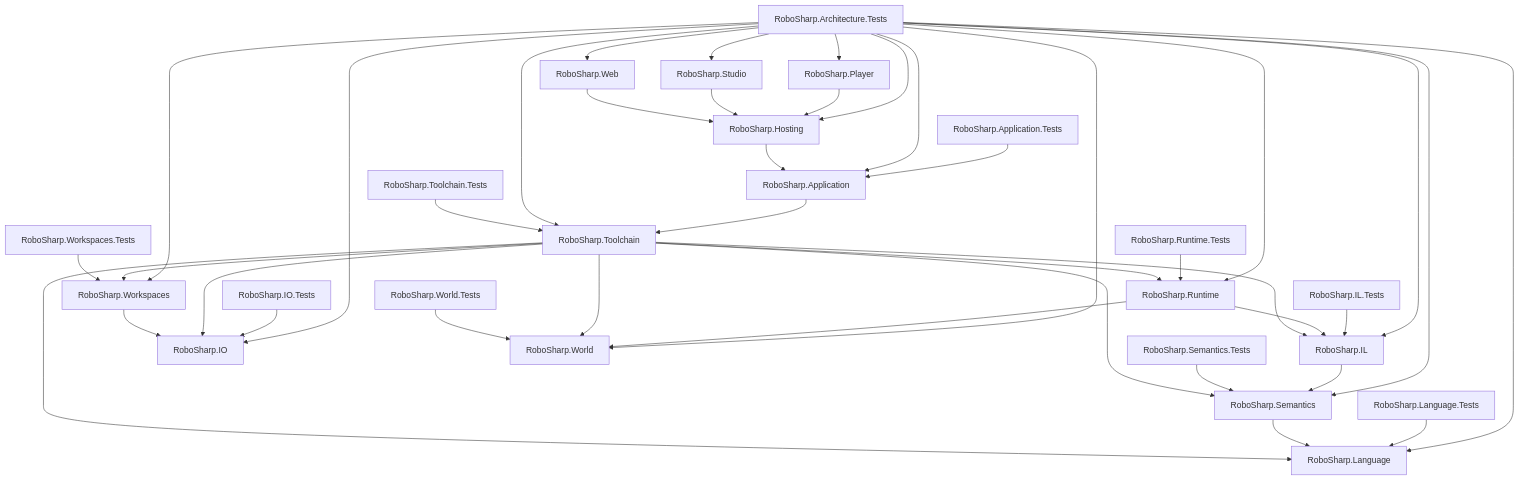
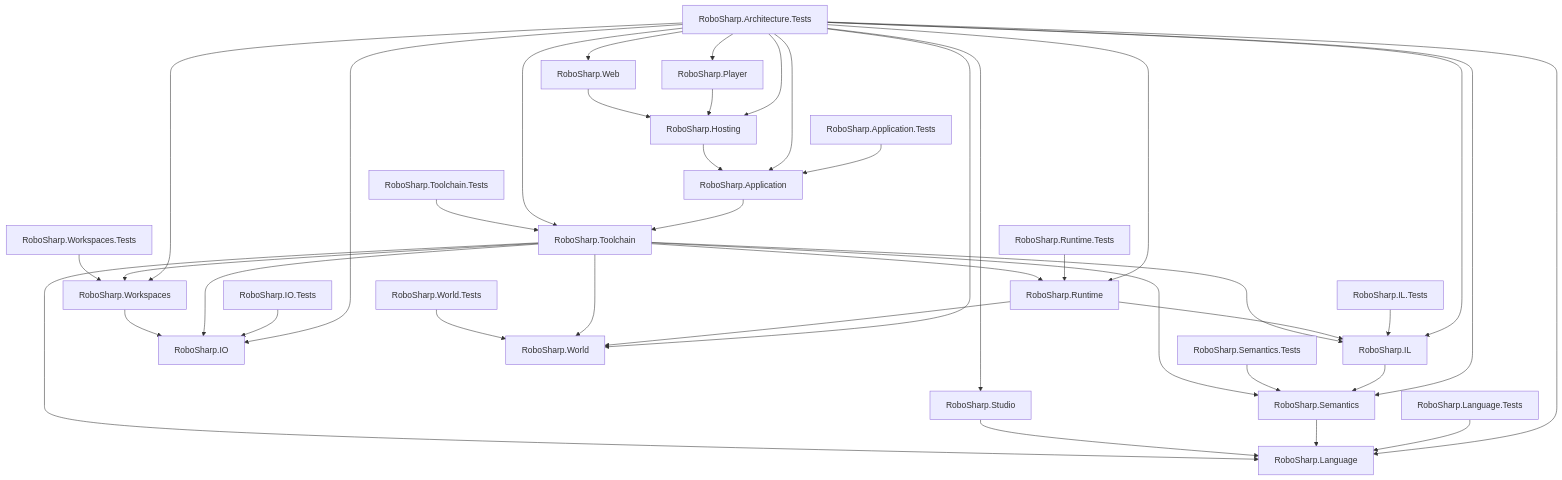
Before and after one commit to frankhaugen/RoboSharp: the diagram in docs/diagrams/project-references.md, drawn with Mermaid. The commit also changed 22 other files, not shown here.

````diff
--- a/docs/diagrams/project-references.md
+++ b/docs/diagrams/project-references.md
@@ -7,42 +7,42 @@
 ```mermaid
 flowchart TD
   RoboSharp_Application["RoboSharp.Application"] --> RoboSharp_Toolchain["RoboSharp.Toolchain"]
   RoboSharp_Application_Tests["RoboSharp.Application.Tests"] --> RoboSharp_Application["RoboSharp.Application"]
   RoboSharp_Architecture_Tests["RoboSharp.Architecture.Tests"] --> RoboSharp_Application["RoboSharp.Application"]
   RoboSharp_Architecture_Tests["RoboSharp.Architecture.Tests"] --> RoboSharp_Hosting["RoboSharp.Hosting"]
   RoboSharp_Architecture_Tests["RoboSharp.Architecture.Tests"] --> RoboSharp_IL["RoboSharp.IL"]
   RoboSharp_Architecture_Tests["RoboSharp.Architecture.Tests"] --> RoboSharp_IO["RoboSharp.IO"]
   RoboSharp_Architecture_Tests["RoboSharp.Architecture.Tests"] --> RoboSharp_Language["RoboSharp.Language"]
   RoboSharp_Architecture_Tests["RoboSharp.Architecture.Tests"] --> RoboSharp_Player["RoboSharp.Player"]
   RoboSharp_Architecture_Tests["RoboSharp.Architecture.Tests"] --> RoboSharp_Runtime["RoboSharp.Runtime"]
   RoboSharp_Architecture_Tests["RoboSharp.Architecture.Tests"] --> RoboSharp_Semantics["RoboSharp.Semantics"]
   RoboSharp_Architecture_Tests["RoboSharp.Architecture.Tests"] --> RoboSharp_Studio["RoboSharp.Studio"]
   RoboSharp_Architecture_Tests["RoboSharp.Architecture.Tests"] --> RoboSharp_Toolchain["RoboSharp.Toolchain"]
   RoboSharp_Architecture_Tests["RoboSharp.Architecture.Tests"] --> RoboSharp_Web["RoboSharp.Web"]
   RoboSharp_Architecture_Tests["RoboSharp.Architecture.Tests"] --> RoboSharp_Workspaces["RoboSharp.Workspaces"]
   RoboSharp_Architecture_Tests["RoboSharp.Architecture.Tests"] --> RoboSharp_World["RoboSharp.World"]
   RoboSharp_Hosting["RoboSharp.Hosting"] --> RoboSharp_Application["RoboSharp.Application"]
   RoboSharp_IL["RoboSharp.IL"] --> RoboSharp_Semantics["RoboSharp.Semantics"]
   RoboSharp_IL_Tests["RoboSharp.IL.Tests"] --> RoboSharp_IL["RoboSharp.IL"]
   RoboSharp_IO_Tests["RoboSharp.IO.Tests"] --> RoboSharp_IO["RoboSharp.IO"]
   RoboSharp_Language_Tests["RoboSharp.Language.Tests"] --> RoboSharp_Language["RoboSharp.Language"]
   RoboSharp_Player["RoboSharp.Player"] --> RoboSharp_Hosting["RoboSharp.Hosting"]
   RoboSharp_Runtime["RoboSharp.Runtime"] --> RoboSharp_IL["RoboSharp.IL"]
   RoboSharp_Runtime["RoboSharp.Runtime"] --> RoboSharp_World["RoboSharp.World"]
   RoboSharp_Runtime_Tests["RoboSharp.Runtime.Tests"] --> RoboSharp_Runtime["RoboSharp.Runtime"]
   RoboSharp_Semantics["RoboSharp.Semantics"] --> RoboSharp_Language["RoboSharp.Language"]
   RoboSharp_Semantics_Tests["RoboSharp.Semantics.Tests"] --> RoboSharp_Semantics["RoboSharp.Semantics"]
-  RoboSharp_Studio["RoboSharp.Studio"] --> RoboSharp_Hosting["RoboSharp.Hosting"]
+  RoboSharp_Studio["RoboSharp.Studio"] --> RoboSharp_Language["RoboSharp.Language"]
   RoboSharp_Toolchain["RoboSharp.Toolchain"] --> RoboSharp_IL["RoboSharp.IL"]
   RoboSharp_Toolchain["RoboSharp.Toolchain"] --> RoboSharp_IO["RoboSharp.IO"]
   RoboSharp_Toolchain["RoboSharp.Toolchain"] --> RoboSharp_Language["RoboSharp.Language"]
   RoboSharp_Toolchain["RoboSharp.Toolchain"] --> RoboSharp_Runtime["RoboSharp.Runtime"]
   RoboSharp_Toolchain["RoboSharp.Toolchain"] --> RoboSharp_Semantics["RoboSharp.Semantics"]
   RoboSharp_Toolchain["RoboSharp.Toolchain"] --> RoboSharp_Workspaces["RoboSharp.Workspaces"]
   RoboSharp_Toolchain["RoboSharp.Toolchain"] --> RoboSharp_World["RoboSharp.World"]
   RoboSharp_Toolchain_Tests["RoboSharp.Toolchain.Tests"] --> RoboSharp_Toolchain["RoboSharp.Toolchain"]
   RoboSharp_Web["RoboSharp.Web"] --> RoboSharp_Hosting["RoboSharp.Hosting"]
   RoboSharp_Workspaces["RoboSharp.Workspaces"] --> RoboSharp_IO["RoboSharp.IO"]
   RoboSharp_Workspaces_Tests["RoboSharp.Workspaces.Tests"] --> RoboSharp_Workspaces["RoboSharp.Workspaces"]
   RoboSharp_World_Tests["RoboSharp.World.Tests"] --> RoboSharp_World["RoboSharp.World"]
 ```
````
